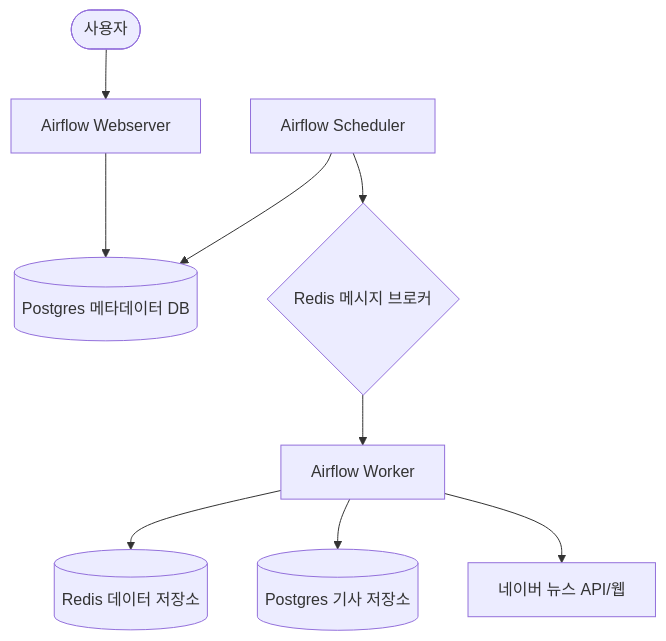
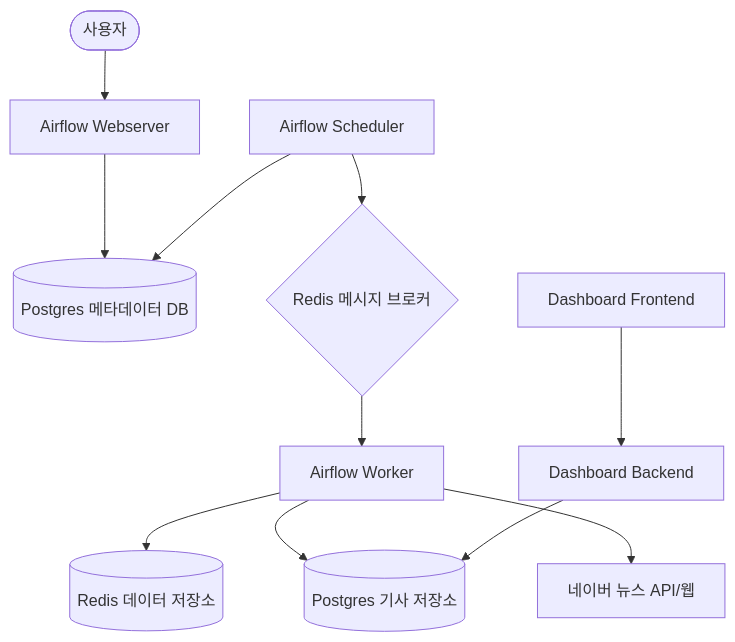
One commit to kwangwan/pipeline changed the diagram in ARCHITECTURE.md. Above: the diagram before and after it, drawn with Mermaid. The commit also changed other lines of this file and 18 other files, not shown here.

Commit message:
feat: Add News Collection Dashboard with Backend and Frontend

````diff
--- a/ARCHITECTURE.md
+++ b/ARCHITECTURE.md
@@ -9,11 +9,14 @@
 ```mermaid
 graph TD
     User([사용자]) --> Webserver[Airflow Webserver]
     Webserver --> DB[(Postgres 메타데이터 DB)]
     Scheduler[Airflow Scheduler] --> DB
     Scheduler --> RedisBroker{Redis 메시지 브로커}
     RedisBroker --> Worker[Airflow Worker]
     Worker --> RedisStore[(Redis 데이터 저장소)]
     Worker --> NewsDB[(Postgres 기사 저장소)]
     Worker --> NaverNews[네이버 뉴스 API/웹]
+    
+    DashboardFE[Dashboard Frontend] --> DashboardBE[Dashboard Backend]
+    DashboardBE --> NewsDB
 ```
````
